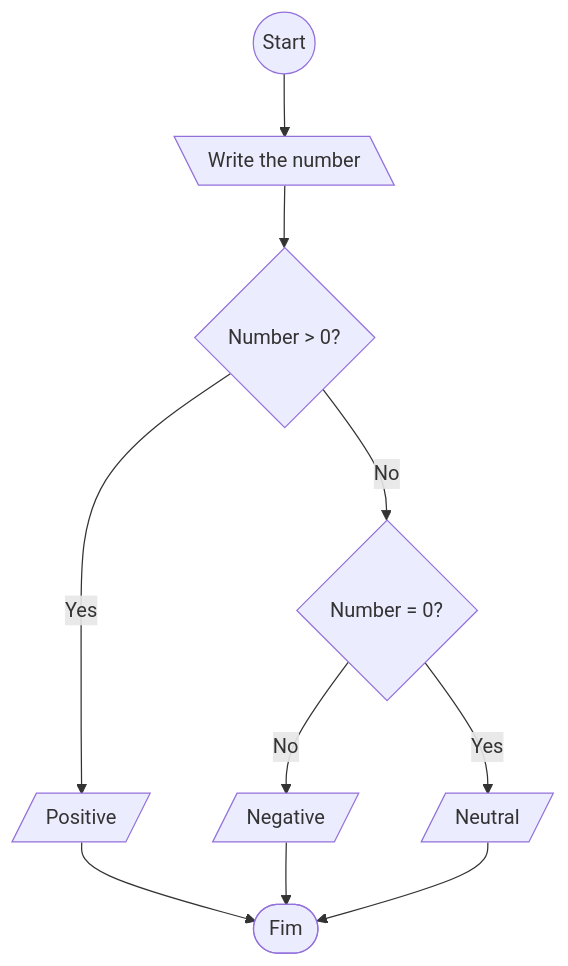
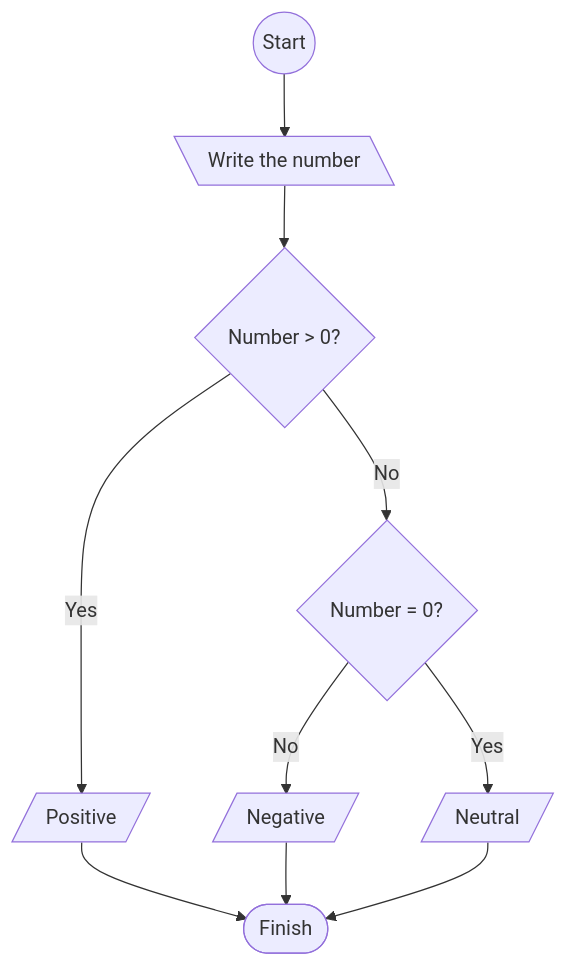
One commit to AndreLucas0/aula-LP changed the fourth of 10 diagrams in Listas de Exercícios/LP_Lista_01/README.md. Above: the diagram before and after it, drawn with Mermaid. The commit also changed other lines of this file, not shown here.

````diff
--- a/Listas de Exercícios/LP_Lista_01/README.md
+++ b/Listas de Exercícios/LP_Lista_01/README.md
@@ -64,12 +64,12 @@
    ```mermaid
    flowchart TD
       Start((Start)) --> input1[\ Write the number \]
       input1 --> verification1{ Number > 0? }
       verification1 --> |Yes| A[/ Positive /]
       verification1 --> |No| verification2{ Number = 0? }
       verification2 --> |Yes| C[/ Neutral /]
       verification2 --> |No| B[/ Negative /]
-      A --> finish([ Fim ])
+      A --> finish([ Finish ])
       B --> finish
       C --> finish
    ```
````
